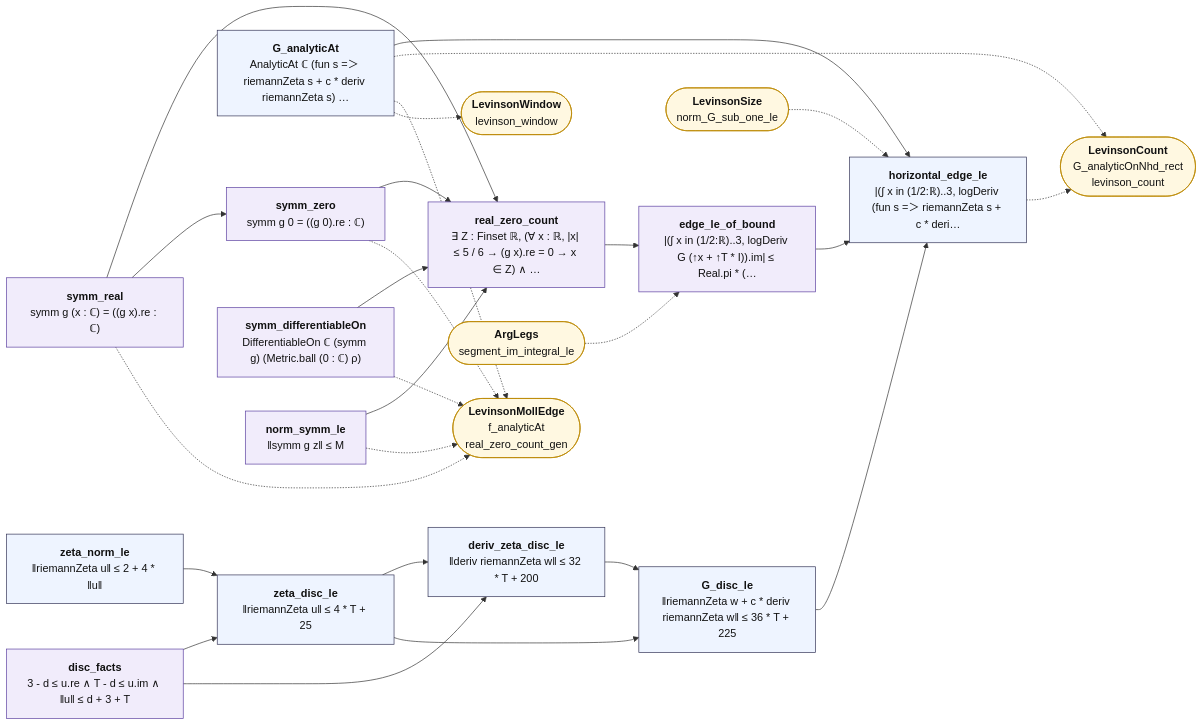
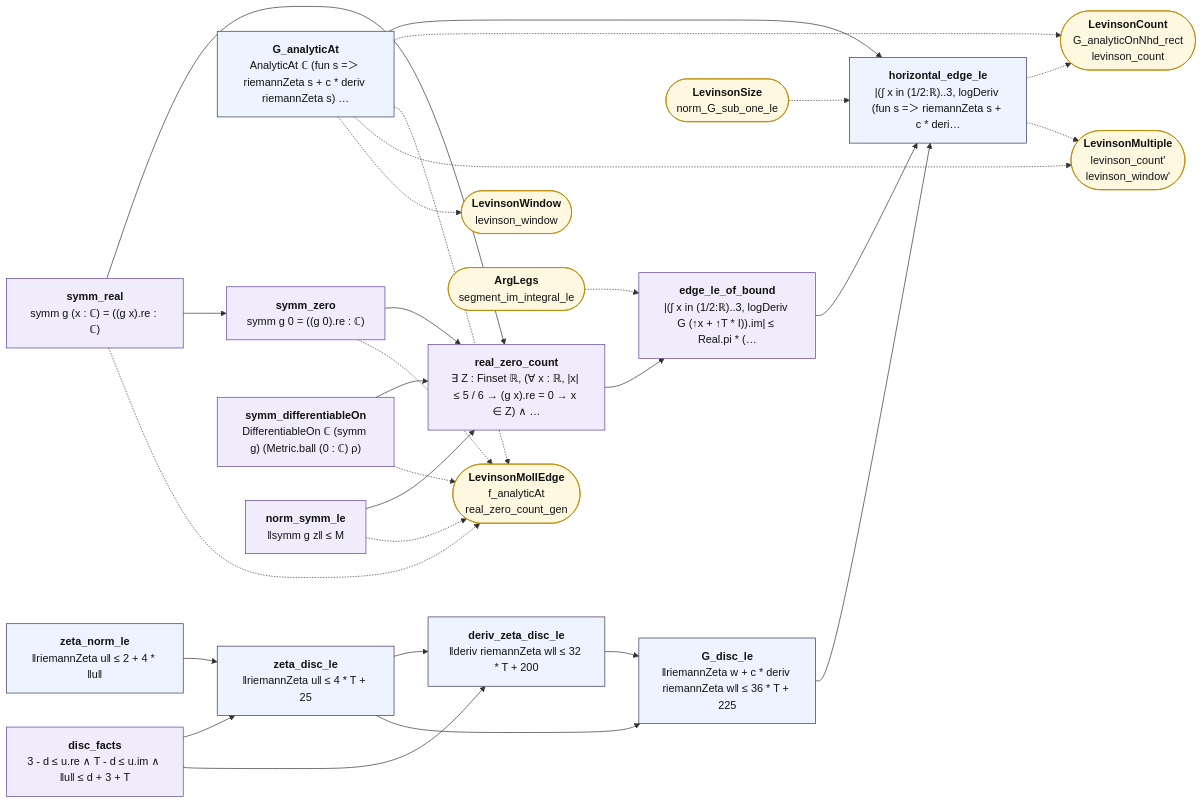
One commit to juliansambranojr/Primebeat_081426 changed the diagram in map/lean_stage3/LevinsonEdge.md. Above: the diagram before and after it, drawn with Mermaid. The commit also changed other lines of this file and 39 other files, not shown here.

````diff
--- a/map/lean_stage3/LevinsonEdge.md
+++ b/map/lean_stage3/LevinsonEdge.md
@@ -14,54 +14,57 @@
 ```mermaid
 flowchart LR
   n0["<b>zeta_norm_le</b><br/>‖riemannZeta u‖ ≤ 2 + 4 * ‖u‖"]:::thm
   n1["<b>disc_facts</b><br/>3 - d ≤ u.re ∧ T - d ≤ u.im ∧ ‖u‖ ≤ d + 3 + T"]:::shp
   n2["<b>zeta_disc_le</b><br/>‖riemannZeta u‖ ≤ 4 * T + 25"]:::thm
   n3["<b>deriv_zeta_disc_le</b><br/>‖deriv riemannZeta w‖ ≤ 32 * T + 200"]:::thm
   n4["<b>G_analyticAt</b><br/>AnalyticAt ℂ (fun s =＞ riemannZeta s + c * deriv riemannZeta s) …"]:::thm
   n5["<b>G_disc_le</b><br/>‖riemannZeta w + c * deriv riemannZeta w‖ ≤ 36 * T + 225"]:::thm
   n6["<b>symm_real</b><br/>symm g (x : ℂ) = ((g x).re : ℂ)"]:::shp
   n7["<b>symm_zero</b><br/>symm g 0 = ((g 0).re : ℂ)"]:::shp
   n8["<b>symm_differentiableOn</b><br/>DifferentiableOn ℂ (symm g) (Metric.ball (0 : ℂ) ρ)"]:::shp
   n9["<b>norm_symm_le</b><br/>‖symm g z‖ ≤ M"]:::shp
   n10["<b>real_zero_count</b><br/>∃ Z : Finset ℝ, (∀ x : ℝ, |x| ≤ 5 / 6 → (g x).re = 0 → x ∈ Z) ∧ …"]:::shp
   n11["<b>edge_le_of_bound</b><br/>|(∫ x in (1/2:ℝ)..3, logDeriv G (↑x + ↑T * I)).im| ≤ Real.pi * (…"]:::shp
   n12["<b>horizontal_edge_le</b><br/>|(∫ x in (1/2:ℝ)..3, logDeriv (fun s =＞ riemannZeta s + c * deri…"]:::thm
   x0(["<b>LevinsonCount</b><br/>G_analyticOnNhd_rect<br/>levinson_count"]):::ext
   x1(["<b>LevinsonMollEdge</b><br/>f_analyticAt<br/>real_zero_count_gen"]):::ext
-  x2(["<b>LevinsonWindow</b><br/>levinson_window"]):::ext
-  x3(["<b>ArgLegs</b><br/>segment_im_integral_le"]):::ext
-  x4(["<b>LevinsonSize</b><br/>norm_G_sub_one_le"]):::ext
+  x2(["<b>LevinsonMultiple</b><br/>levinson_count'<br/>levinson_window'"]):::ext
+  x3(["<b>LevinsonWindow</b><br/>levinson_window"]):::ext
+  x4(["<b>ArgLegs</b><br/>segment_im_integral_le"]):::ext
+  x5(["<b>LevinsonSize</b><br/>norm_G_sub_one_le"]):::ext
   n0 --> n2
   n1 --> n2
   n1 --> n3
   n10 --> n11
   n11 --> n12
   n2 --> n3
   n2 --> n5
   n3 --> n5
   n4 --> n12
   n5 --> n12
   n6 --> n10
   n6 --> n7
   n7 --> n10
   n8 --> n10
   n9 --> n10
   n12 -.-> x0
+  n12 -.-> x2
   n4 -.-> x0
   n4 -.-> x1
   n4 -.-> x2
+  n4 -.-> x3
   n6 -.-> x1
   n7 -.-> x1
   n8 -.-> x1
   n9 -.-> x1
-  x3 -.-> n11
-  x4 -.-> n12
+  x4 -.-> n11
+  x5 -.-> n12
   classDef cnt fill:#dff5ec,stroke:#17694a,color:#111
   classDef shp fill:#f1ecfb,stroke:#5b3fa0,color:#111
   classDef rh fill:#ffe5e5,stroke:#c22,color:#111,stroke-width:2px
   classDef thm fill:#eef4ff,stroke:#335,color:#111
   classDef end_ fill:#e7f7e7,stroke:#2a7,color:#111,stroke-width:2px
   classDef lone fill:#fff,stroke:#999,color:#111,stroke-dasharray:4 3
   classDef bad fill:#ffe5e5,stroke:#c22,color:#111,stroke-width:2px
   classDef ext fill:#fff8e1,stroke:#b80,color:#111
 ```
````
